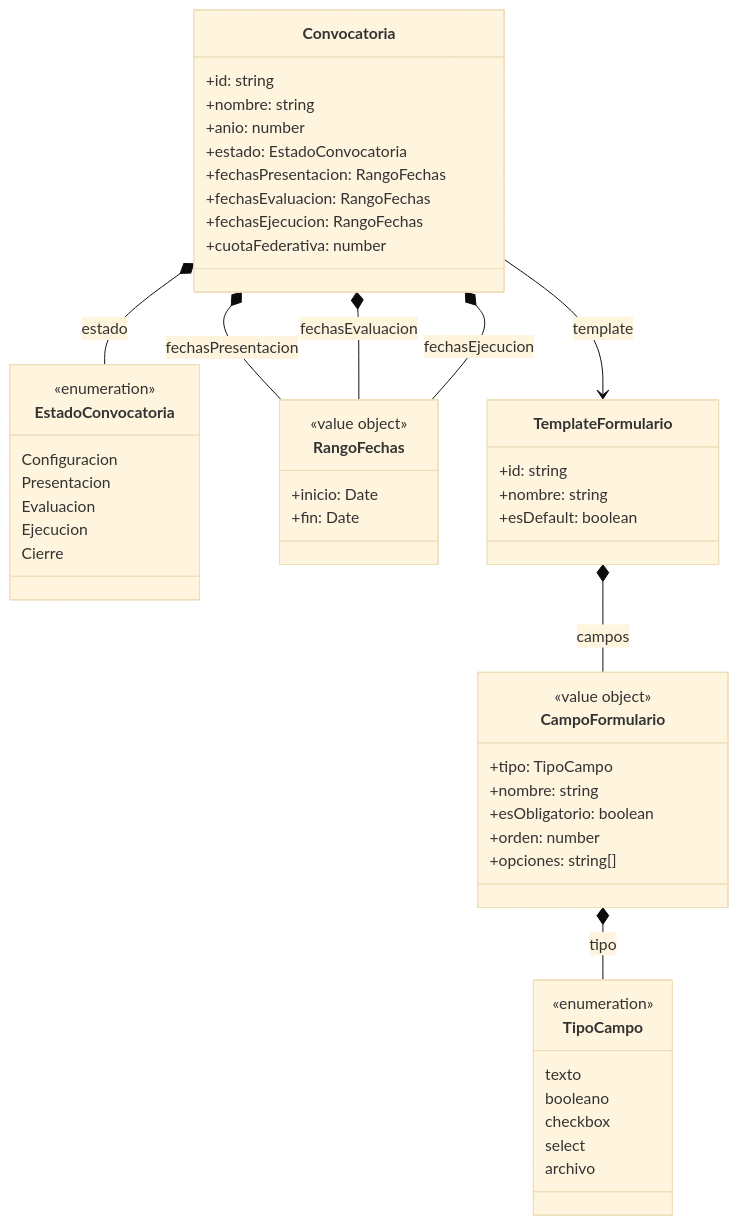
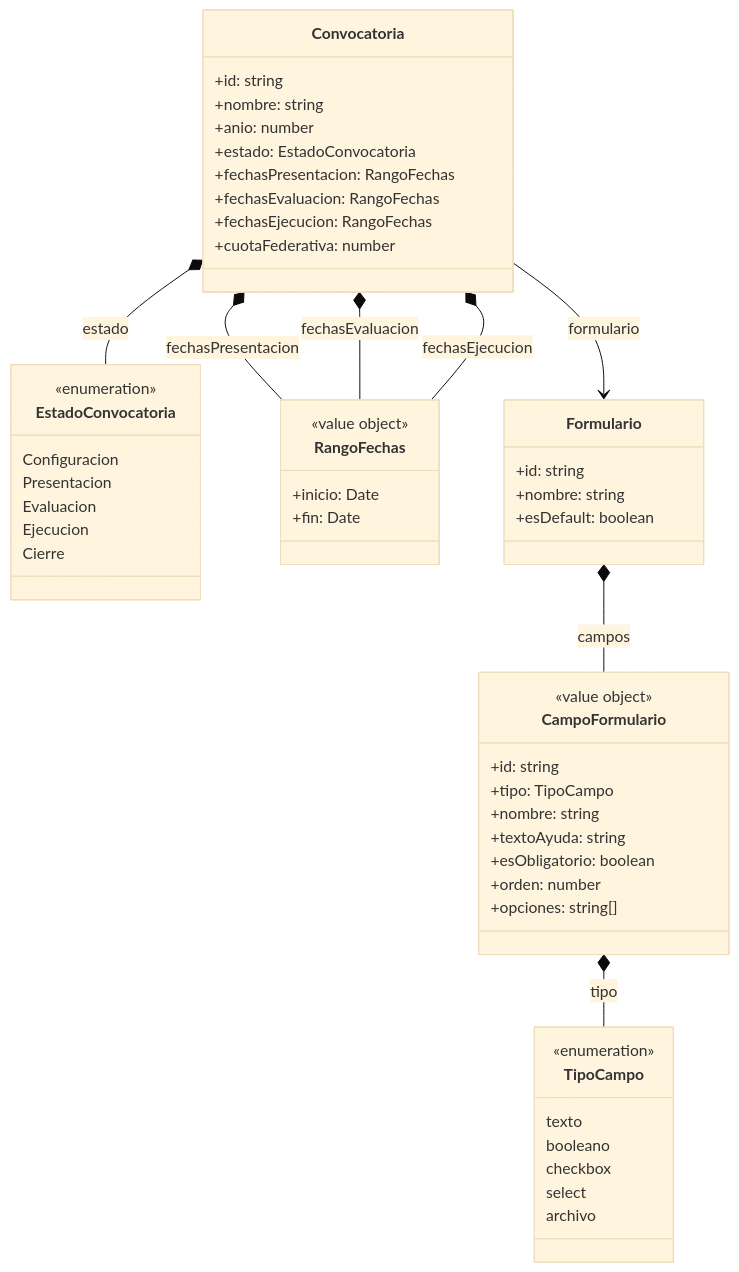
One commit to TPP-UBANEX/UBANEX changed the first of 9 diagrams in docs/dominio/modelo.md. Above: the diagram before and after it, drawn with Mermaid (base theme). The commit also changed other lines of this file, not shown here.

Commit message:
docs(dominio): alinear modelo del formulario de presentación con el código y completar Proyecto

````diff
--- a/docs/dominio/modelo.md
+++ b/docs/dominio/modelo.md
@@ -5,60 +5,62 @@
 ```mermaid
 classDiagram
     class Convocatoria {
         +id: string
         +nombre: string
         +anio: number
         +estado: EstadoConvocatoria
         +fechasPresentacion: RangoFechas
         +fechasEvaluacion: RangoFechas
         +fechasEjecucion: RangoFechas
         +cuotaFederativa: number
     }
 
     class EstadoConvocatoria {
         <<enumeration>>
         Configuracion
         Presentacion
         Evaluacion
         Ejecucion
         Cierre
     }
 
     class RangoFechas {
         <<value object>>
         +inicio: Date
         +fin: Date
     }
 
-    class TemplateFormulario {
+    class Formulario {
         +id: string
         +nombre: string
         +esDefault: boolean
     }
 
     class CampoFormulario {
         <<value object>>
+        +id: string
         +tipo: TipoCampo
         +nombre: string
+        +textoAyuda: string
         +esObligatorio: boolean
         +orden: number
         +opciones: string[]
     }
 
     class TipoCampo {
         <<enumeration>>
         texto
         booleano
         checkbox
         select
         archivo
     }
 
     Convocatoria *-- EstadoConvocatoria : estado
     Convocatoria *-- RangoFechas : fechasPresentacion
     Convocatoria *-- RangoFechas : fechasEvaluacion
     Convocatoria *-- RangoFechas : fechasEjecucion
-    Convocatoria --> TemplateFormulario : template
-    TemplateFormulario *-- CampoFormulario : campos
+    Convocatoria --> Formulario : formulario
+    Formulario *-- CampoFormulario : campos
     CampoFormulario *-- TipoCampo : tipo
 ```
````
